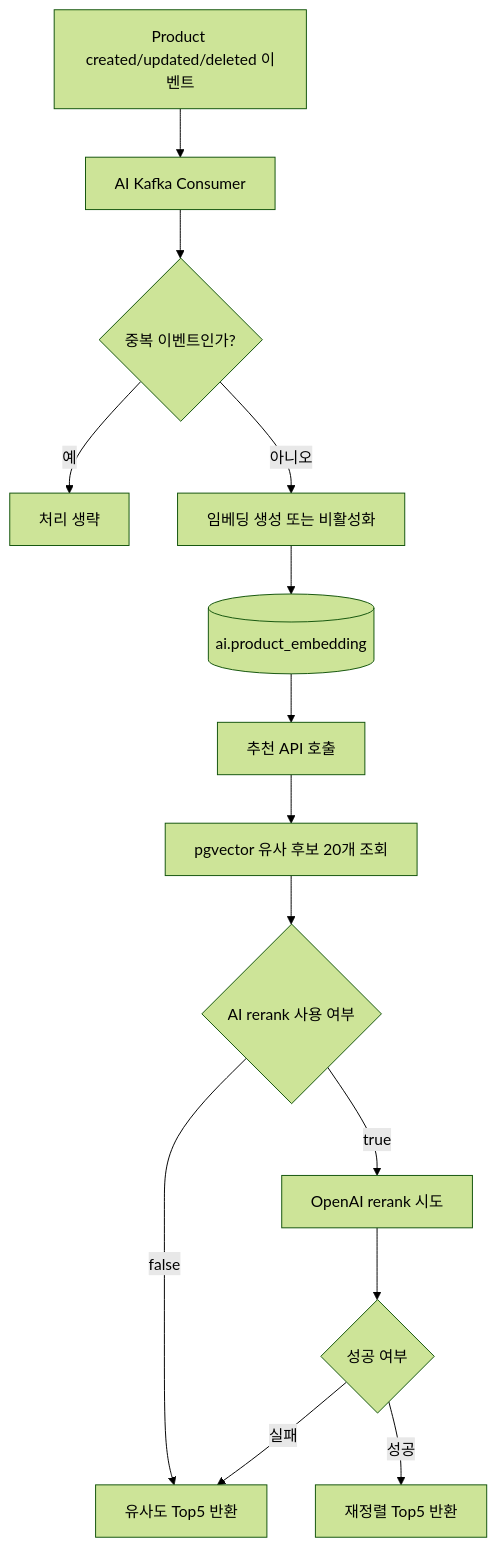
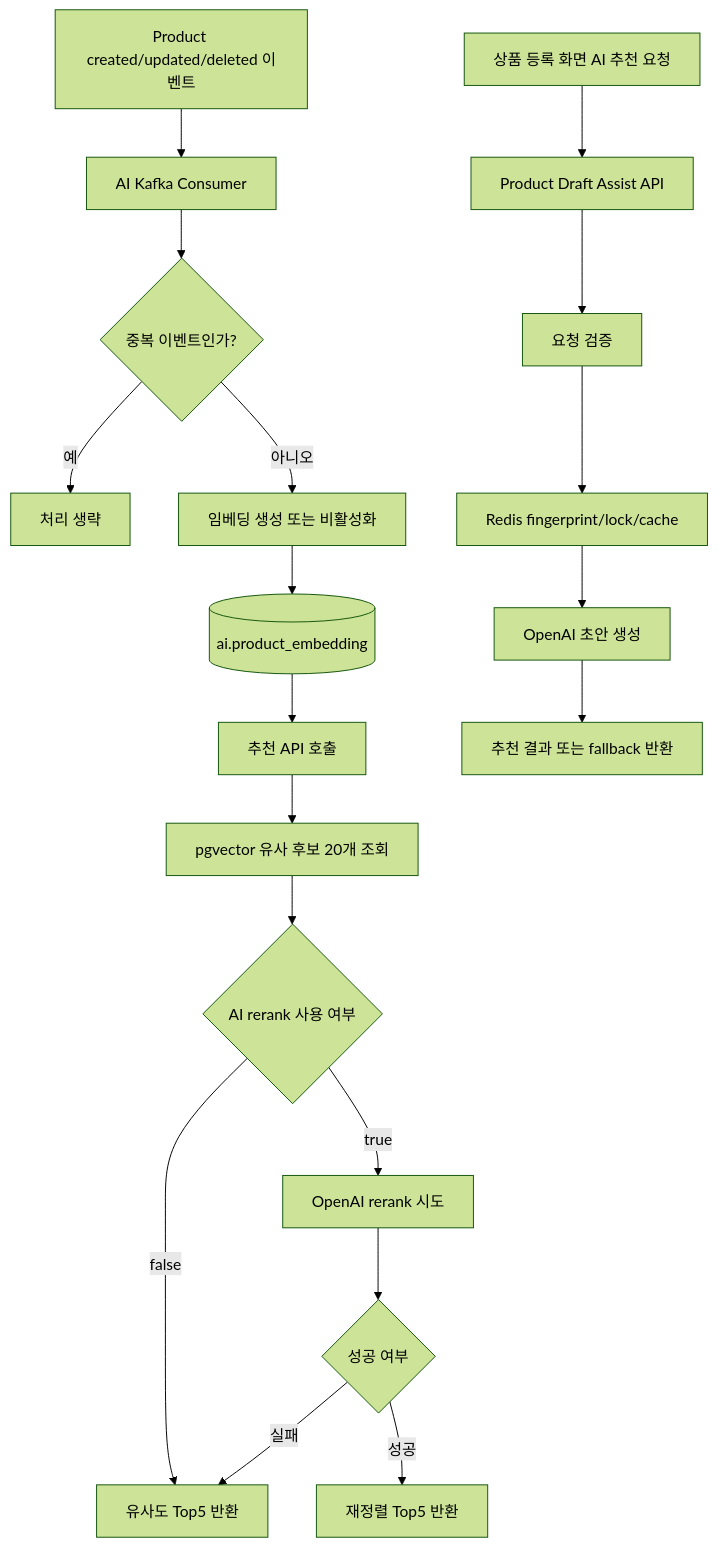
The diagram in ai/README.md (sihoney/GoodsMall_BE), drawn with Mermaid (forest theme) before and after one commit. The commit also changed other lines of this file and 1 other file, not shown here.

````diff
--- a/ai/README.md
+++ b/ai/README.md
@@ -48,16 +75,21 @@
 ```mermaid
 flowchart TD
     A[Product created/updated/deleted 이벤트] --> B[AI Kafka Consumer]
     B --> C{중복 이벤트인가?}
     C -->|예| D[처리 생략]
     C -->|아니오| E[임베딩 생성 또는 비활성화]
     E --> F[(ai.product_embedding)]
     F --> G[추천 API 호출]
     G --> H[pgvector 유사 후보 20개 조회]
     H --> I{AI rerank 사용 여부}
     I -->|false| J[유사도 Top5 반환]
     I -->|true| K[OpenAI rerank 시도]
     K --> L{성공 여부}
     L -->|성공| M[재정렬 Top5 반환]
     L -->|실패| J
+    U[상품 등록 화면 AI 추천 요청] --> V[Product Draft Assist API]
+    V --> W[요청 검증]
+    W --> X[Redis fingerprint/lock/cache]
+    X --> Y[OpenAI 초안 생성]
+    Y --> Z[추천 결과 또는 fallback 반환]
 ```
````
